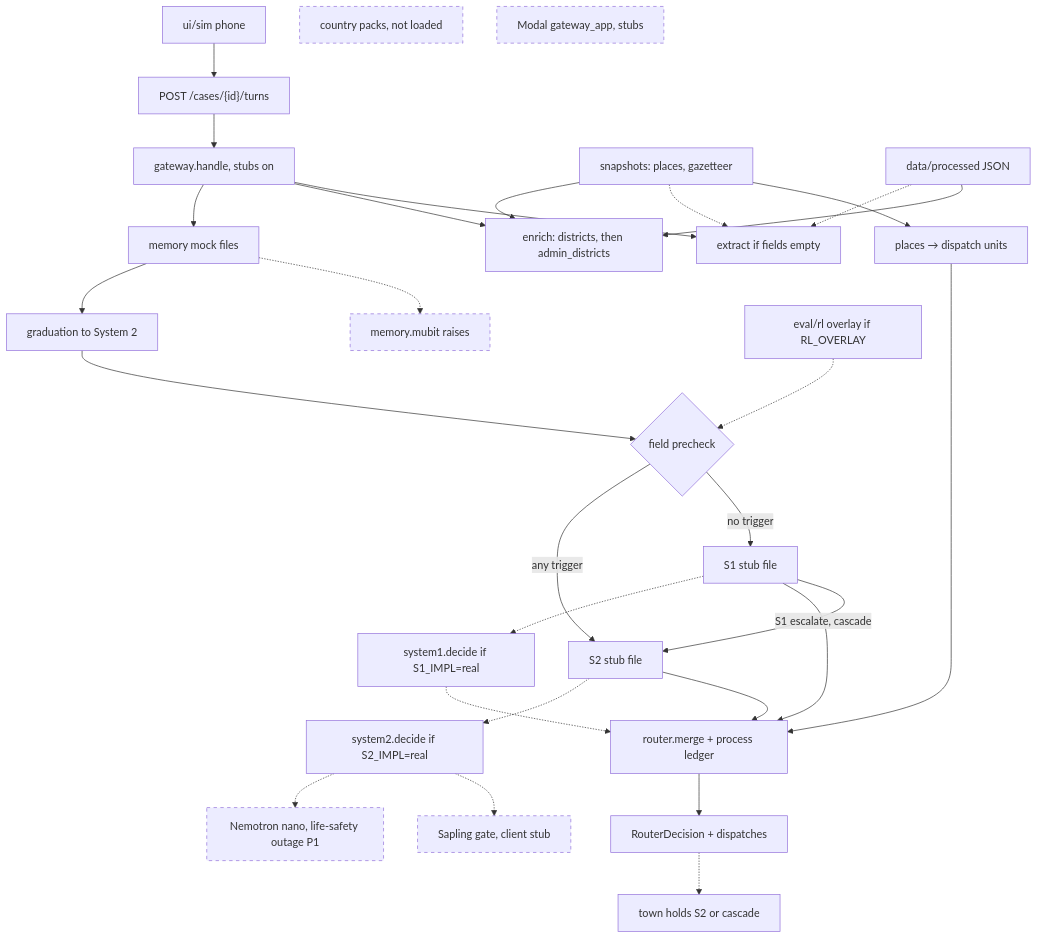
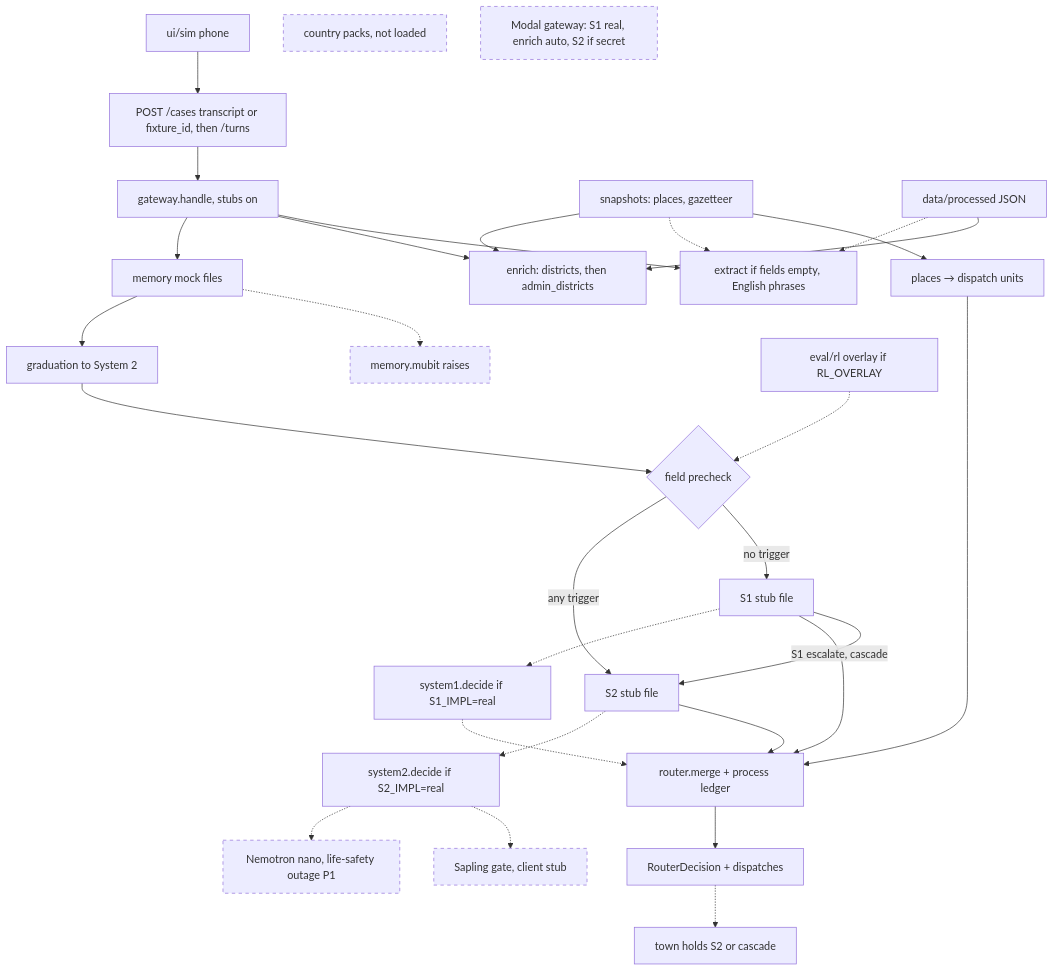
Before and after one commit to melaniepreen/Baan-Safe: the first of 3 diagrams in BaanSafe_Revised_Architecture.md, drawn with Mermaid. The commit also changed other lines of this file and 2 other files, not shown here.

First line of the commit message:
docs: refresh architecture diagram (61663d0)

````diff
--- a/BaanSafe_Revised_Architecture.md
+++ b/BaanSafe_Revised_Architecture.md
@@ -20,33 +20,33 @@
 ```mermaid
 flowchart TD
   classDef unwired stroke-dasharray: 5 5
-  phone["ui/sim phone"] --> turns["POST /cases/{id}/turns"]
+  phone["ui/sim phone"] --> turns["POST /cases transcript or fixture_id, then /turns"]
   turns --> gw["gateway.handle, stubs on"]
-  gw --> extract["extract if fields empty"]
+  gw --> extract["extract if fields empty, English phrases"]
   gw --> enrich["enrich: districts, then admin_districts"]
   gw --> mem["memory mock files"]
   mem -.-> mm["memory.mubit raises"]:::unwired
   mem --> grad["graduation to System 2"]
   grad --> pick{"field precheck"}
   pick -->|no trigger| s1["S1 stub file"]
   pick -->|any trigger| s2["S2 stub file"]
   s1 -->|"S1 escalate, cascade"| s2
   ov["eval/rl overlay if RL_OVERLAY"] -.-> pick
   s1 --> merge["router.merge + process ledger"]
   s2 --> merge
   snap["snapshots: places, gazetteer"] --> places["places → dispatch units"]
   places --> merge
   proc["data/processed JSON"] --> enrich
   proc -.-> extract
   snap -.-> extract
   snap --> enrich
   merge --> out["RouterDecision + dispatches"]
   out -.-> hold["town holds S2 or cascade"]
   s1 -.-> rules["system1.decide if S1_IMPL=real"]
   rules -.-> merge
   s2 -.-> s2d["system2.decide if S2_IMPL=real"]
   s2d -.-> sap["Sapling gate, client stub"]:::unwired
   s2d -.-> llm["Nemotron nano, life-safety outage P1"]:::unwired
   packs["country packs, not loaded"]:::unwired
-  modal["Modal gateway_app, stubs"]:::unwired
+  modal["Modal gateway: S1 real, enrich auto, S2 if secret"]:::unwired
 ```
````
